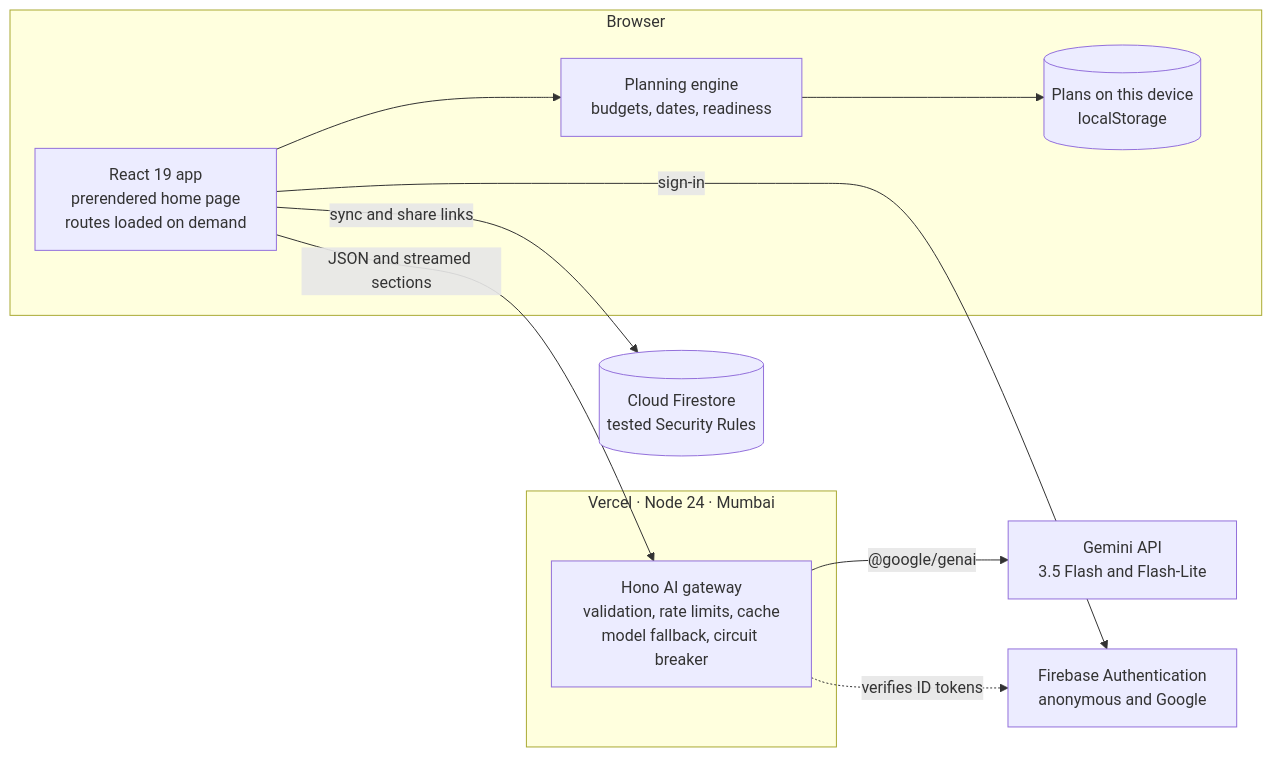
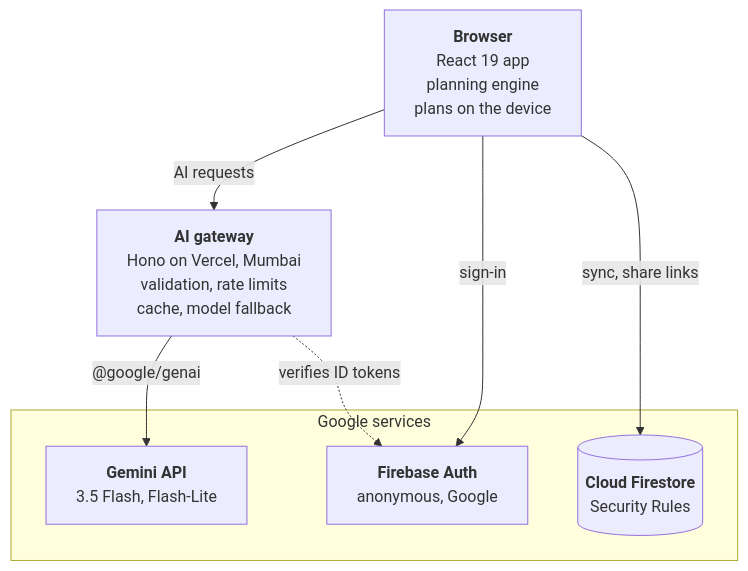
Before and after one commit to roybishal362/Mehfil: the second of 2 diagrams in README.md, drawn with Mermaid.

Commit message:
docs: a clearer architecture diagram in the README
The browser, the AI gateway and Google's services now sit in three rows, with short
labels that GitHub renders without crossing lines.

````diff
--- a/README.md
+++ b/README.md
@@ -191,21 +191,15 @@
 ```mermaid
-flowchart LR
-    subgraph Browser["Browser"]
-        UI["React 19 app<br/>prerendered home page<br/>routes loaded on demand"]
-        Engine["Planning engine<br/>budgets, dates, readiness"]
-        Local[("Plans on this device<br/>localStorage")]
+flowchart TB
+    App["<b>Browser</b><br/>React 19 app<br/>planning engine<br/>plans on the device"]
+    Gateway["<b>AI gateway</b><br/>Hono on Vercel, Mumbai<br/>validation, rate limits<br/>cache, model fallback"]
+    subgraph Google["Google services"]
+        Gemini["<b>Gemini API</b><br/>3.5 Flash, Flash-Lite"]
+        Auth["<b>Firebase Auth</b><br/>anonymous, Google"]
+        Firestore[("<b>Cloud Firestore</b><br/>Security Rules")]
     end
-    subgraph Server["Vercel · Node 24 · Mumbai"]
-        Gateway["Hono AI gateway<br/>validation, rate limits, cache<br/>model fallback, circuit breaker"]
-    end
-    Gemini["Gemini API<br/>3.5 Flash and Flash-Lite"]
-    Auth["Firebase Authentication<br/>anonymous and Google"]
-    Firestore[("Cloud Firestore<br/>tested Security Rules")]
-
-    UI --> Engine --> Local
-    UI -- "JSON and streamed sections" --> Gateway
+    App -- "AI requests" --> Gateway
     Gateway -- "@google/genai" --> Gemini
     Gateway -. "verifies ID tokens" .-> Auth
-    UI -- "sign-in" --> Auth
-    UI -- "sync and share links" --> Firestore
+    App -- "sign-in" --> Auth
+    App -- "sync, share links" --> Firestore
 ```
````
